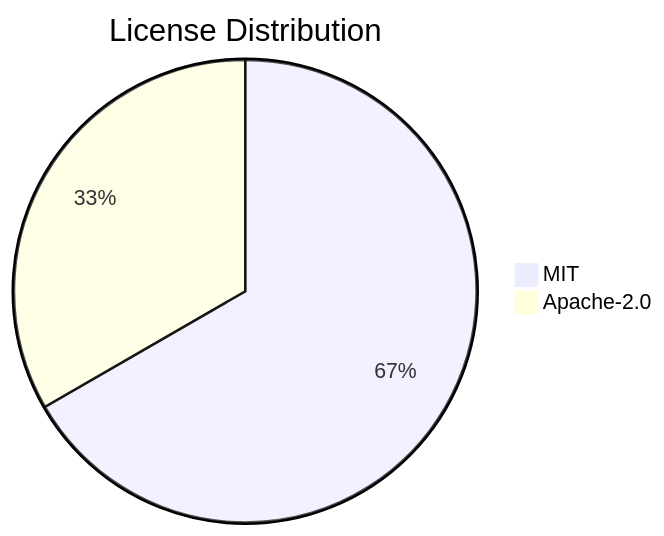
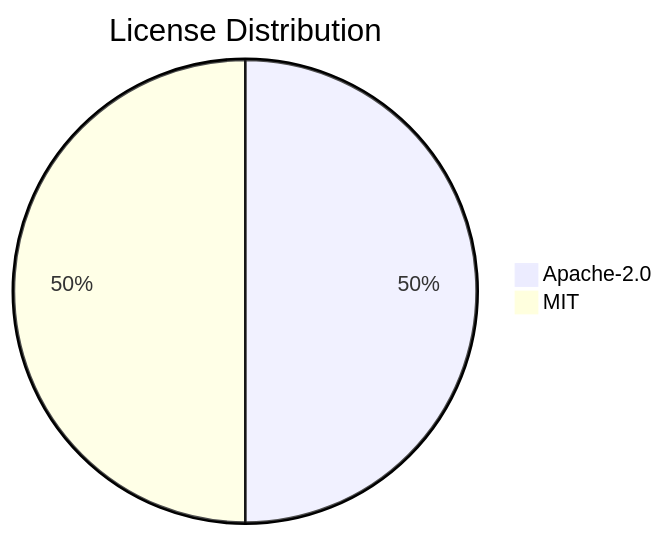
One commit to svenroth-ai/shipwright changed the diagram in .shipwright/compliance/sbom.md. Above: the diagram before and after it, drawn with Mermaid. The commit also changed other lines of this file and 16 other files, not shown here.

````diff
--- a/.shipwright/compliance/sbom.md
+++ b/.shipwright/compliance/sbom.md
@@ -17,5 +17,5 @@
 ```mermaid
 pie title License Distribution
+    "Apache-2.0" : 4
     "MIT" : 4
-    "Apache-2.0" : 2
 ```
````
